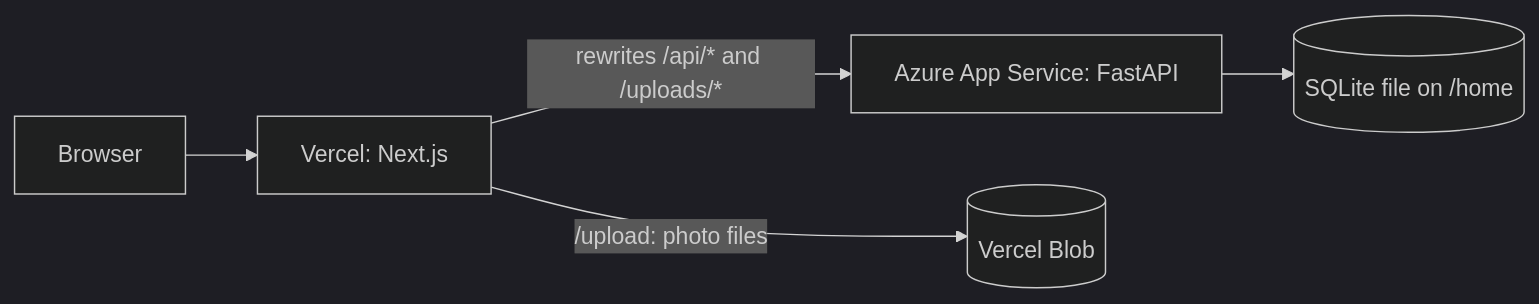
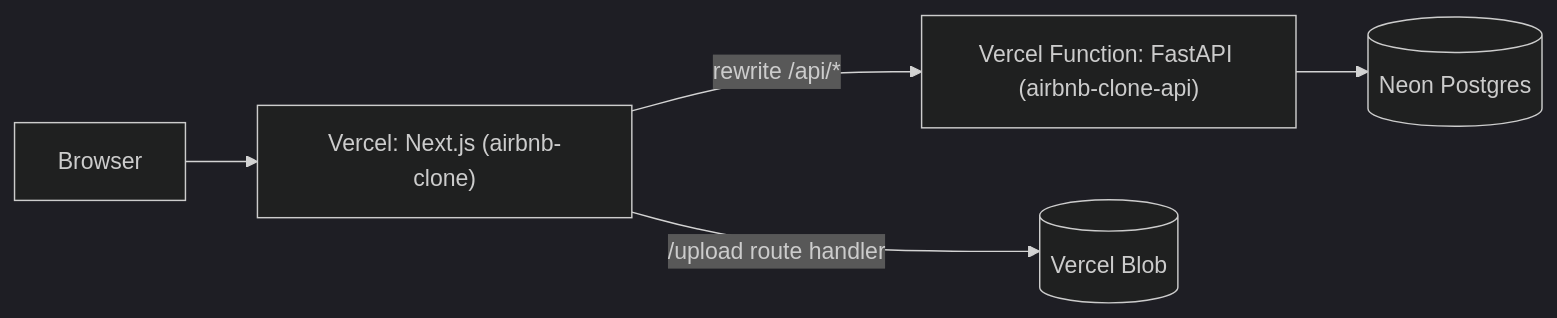
Before and after one commit to kshitizj03/airbnb-clone: the first of 2 diagrams in README.md, drawn with Mermaid (dark theme). The commit also changed other lines of this file, not shown here.

Commit message:
docs: README for the Vercel + Neon setup

````diff
--- a/README.md
+++ b/README.md
@@ -65,7 +66,7 @@
 ```mermaid
 flowchart LR
-  B[Browser] --> V[Vercel: Next.js]
-  V -- "rewrites /api/* and /uploads/*" --> A[Azure App Service: FastAPI]
-  V -- "/upload: photo files" --> BL[(Vercel Blob)]
-  A --> D[(SQLite file on /home)]
+  B[Browser] --> F["Vercel: Next.js (airbnb-clone)"]
+  F -- "rewrite /api/*" --> A["Vercel Function: FastAPI (airbnb-clone-api)"]
+  A --> D[("Neon Postgres")]
+  F -- "/upload route handler" --> BL[("Vercel Blob")]
 ```
````
